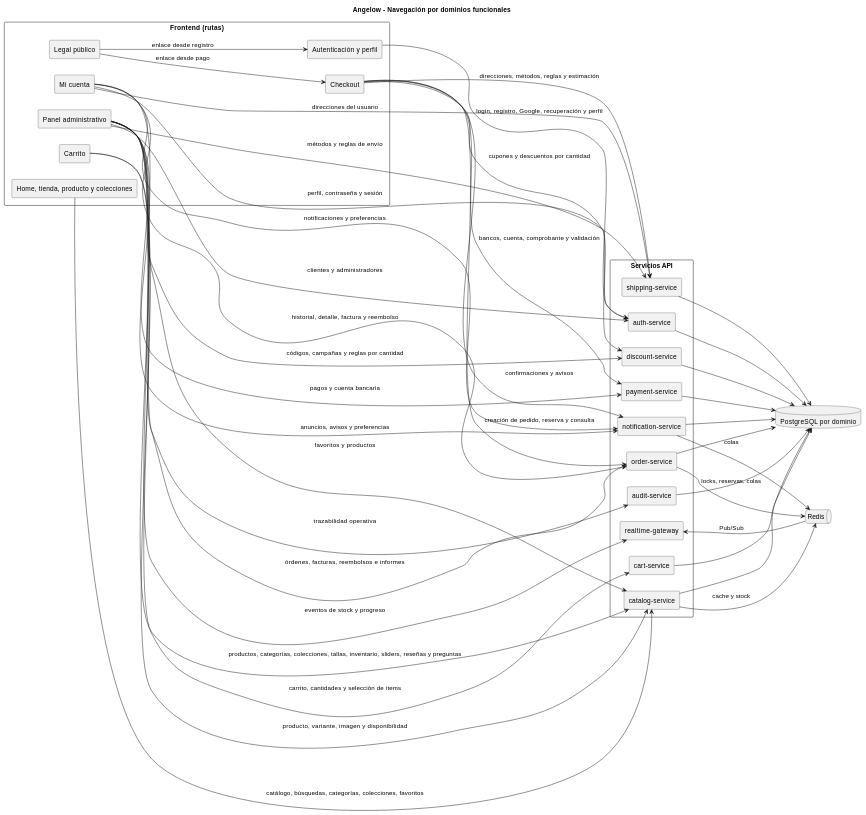
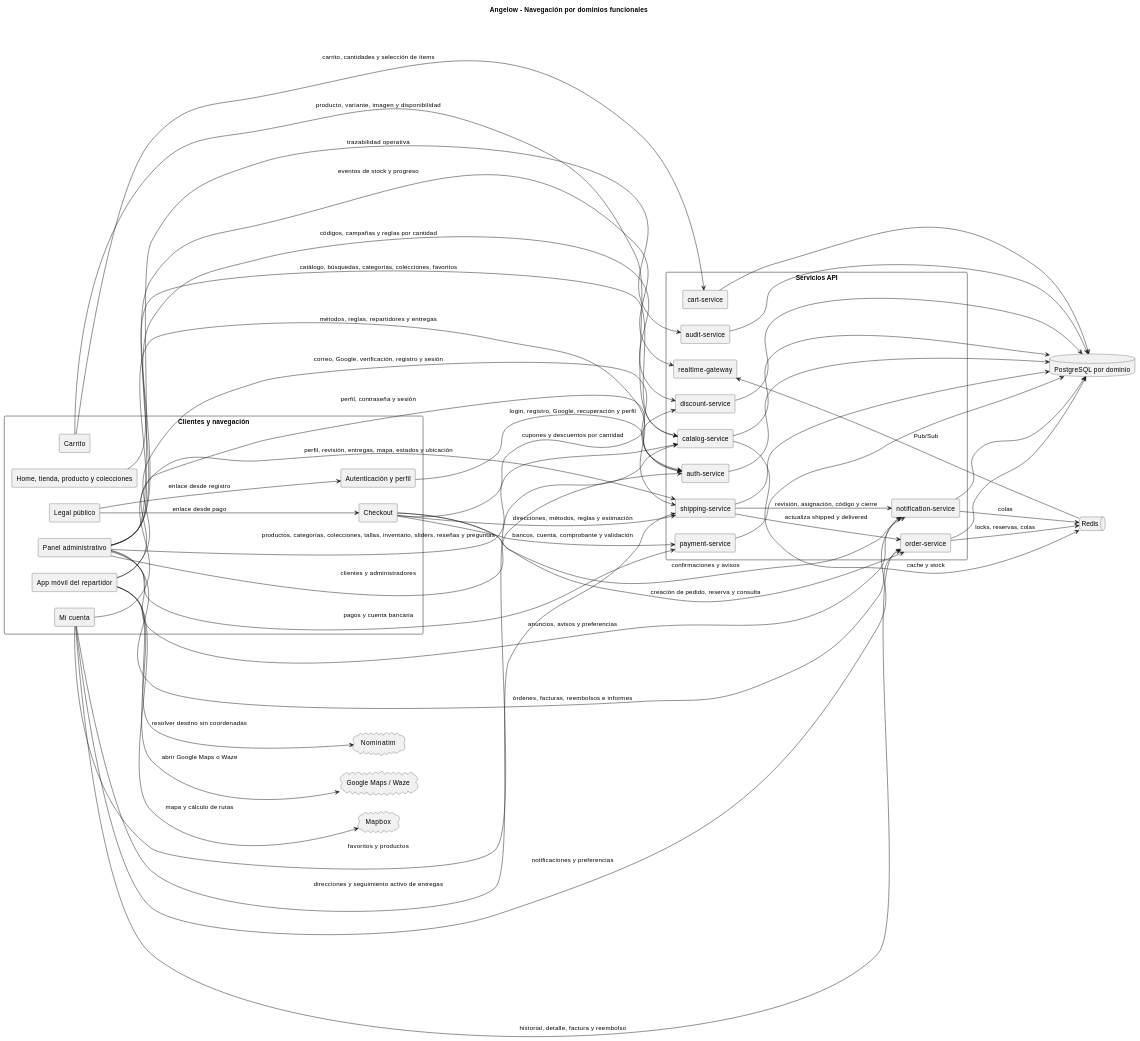
The second of 6 diagrams in docs/arquitectura/mapas-navegacion-sistema-plantuml.md (Braian551/Angelow_microservices), drawn with PlantUML before and after one commit. The commit also changed other lines of this file and 456 other files, not shown here.

```diff
--- a/docs/arquitectura/mapas-navegacion-sistema-plantuml.md
+++ b/docs/arquitectura/mapas-navegacion-sistema-plantuml.md
@@ -226,7 +233,7 @@
 skinparam componentStyle rectangle
 skinparam shadowing false
 
-package "Frontend (rutas)" {
+package "Clientes y navegación" {
   [Home, tienda, producto y colecciones] as nav_catalog
   [Carrito] as nav_cart
   [Checkout] as nav_checkout
@@ -234,6 +241,7 @@
   [Mi cuenta] as nav_account
   [Legal público] as nav_legal
   [Panel administrativo] as nav_admin
+  [App móvil del repartidor] as nav_courier
 }
 
 package "Servicios API" {
@@ -252,6 +260,10 @@
 database "PostgreSQL por dominio" as postgres
 queue "Redis" as redis
 
+cloud "Mapbox" as ext_mapbox
+cloud "Nominatim" as ext_nominatim
+cloud "Google Maps / Waze" as ext_navigation
+
 nav_catalog --> svc_catalog : catálogo, búsquedas, categorías, colecciones, favoritos
 nav_cart --> svc_cart : carrito, cantidades y selección de ítems
 nav_cart --> svc_catalog : producto, variante, imagen y disponibilidad
@@ -267,7 +279,7 @@
 nav_legal --> nav_checkout : enlace desde pago
 
 nav_account --> svc_order : historial, detalle, factura y reembolso
-nav_account --> svc_shipping : direcciones del usuario
+nav_account --> svc_shipping : direcciones y seguimiento activo de entregas
 nav_account --> svc_notification : notificaciones y preferencias
 nav_account --> svc_catalog : favoritos y productos
 nav_account --> svc_auth : perfil, contraseña y sesión
@@ -277,10 +289,19 @@
 nav_admin --> svc_order : órdenes, facturas, reembolsos e informes
 nav_admin --> svc_payment : pagos y cuenta bancaria
 nav_admin --> svc_discount : códigos, campañas y reglas por cantidad
-nav_admin --> svc_shipping : métodos y reglas de envío
+nav_admin --> svc_shipping : métodos, reglas, repartidores y entregas
 nav_admin --> svc_notification : anuncios, avisos y preferencias
 nav_admin --> svc_audit : trazabilidad operativa
 nav_admin --> svc_realtime : eventos de stock y progreso
+
+nav_courier --> svc_auth : correo, Google, verificación, registro y sesión
+nav_courier --> svc_shipping : perfil, revisión, entregas, mapa, estados y ubicación
+nav_courier --> ext_mapbox : mapa y cálculo de rutas
+nav_courier --> ext_nominatim : resolver destino sin coordenadas
+nav_courier --> ext_navigation : abrir Google Maps o Waze
+
+svc_shipping --> svc_order : actualiza shipped y delivered
+svc_shipping --> svc_notification : revisión, asignación, código y cierre
 
 svc_auth --> postgres
 svc_catalog --> postgres
```
